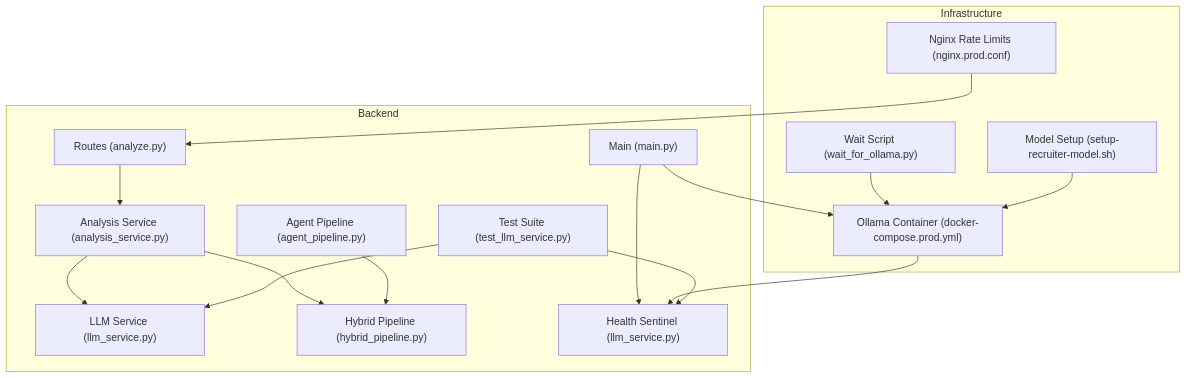
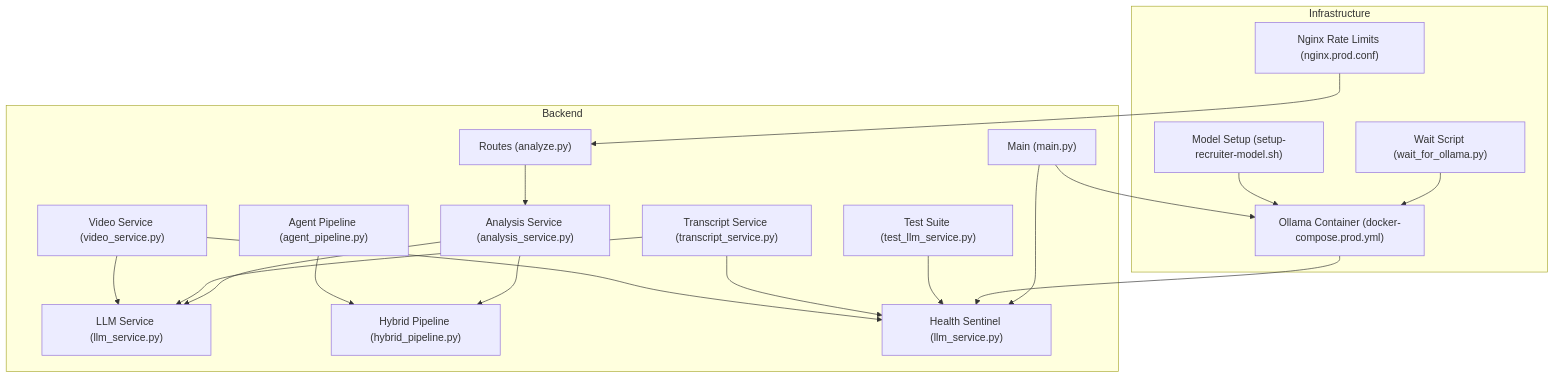
One commit to Revanththetalogics/aireume changed the first of 14 diagrams in .qoder/repowiki/en/content/Analysis Engine/LLM Service Integration.md. Above: the diagram before and after it, drawn with Mermaid. The commit also changed other lines of this file and 6 other files, not shown here.

````diff
--- a/.qoder/repowiki/en/content/Analysis Engine/LLM Service Integration.md
+++ b/.qoder/repowiki/en/content/Analysis Engine/LLM Service Integration.md
@@ -52,31 +53,36 @@
 ```mermaid
 graph TB
 subgraph "Backend"
 A["Routes (analyze.py)"]
 B["Analysis Service (analysis_service.py)"]
 C["LLM Service (llm_service.py)"]
 D["Hybrid Pipeline (hybrid_pipeline.py)"]
 E["Main (main.py)"]
 F["Agent Pipeline (agent_pipeline.py)"]
 G["Health Sentinel (llm_service.py)"]
 H["Test Suite (test_llm_service.py)"]
+I["Transcript Service (transcript_service.py)"]
+J["Video Service (video_service.py)"]
 end
 subgraph "Infrastructure"
-I["Ollama Container (docker-compose.prod.yml)"]
-J["Nginx Rate Limits (nginx.prod.conf)"]
-K["Wait Script (wait_for_ollama.py)"]
-L["Model Setup (setup-recruiter-model.sh)"]
+K["Ollama Container (docker-compose.prod.yml)"]
+L["Nginx Rate Limits (nginx.prod.conf)"]
+M["Wait Script (wait_for_ollama.py)"]
+N["Model Setup (setup-recruiter-model.sh)"]
 end
 A --> B
 B --> C
 B --> D
-E --> I
+E --> K
 E --> G
+K --> G
+L --> A
+F --> D
+M --> K
+N --> K
+H --> G
+I --> C
 I --> G
-J --> A
-F --> D
-K --> I
-L --> I
-H --> G
-H --> C
+J --> C
+J --> G
 ```
````
